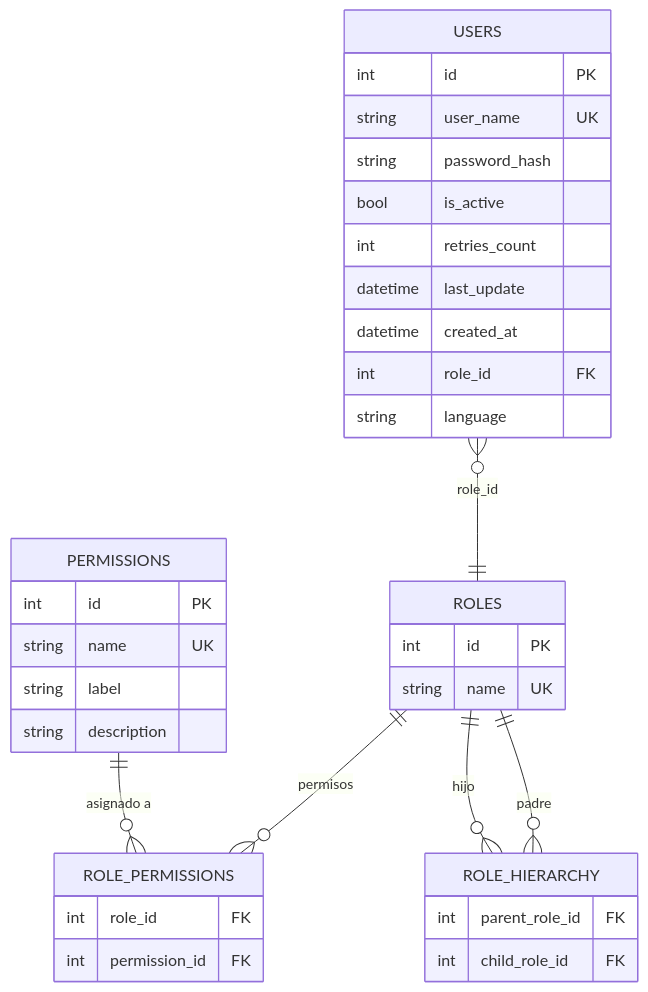
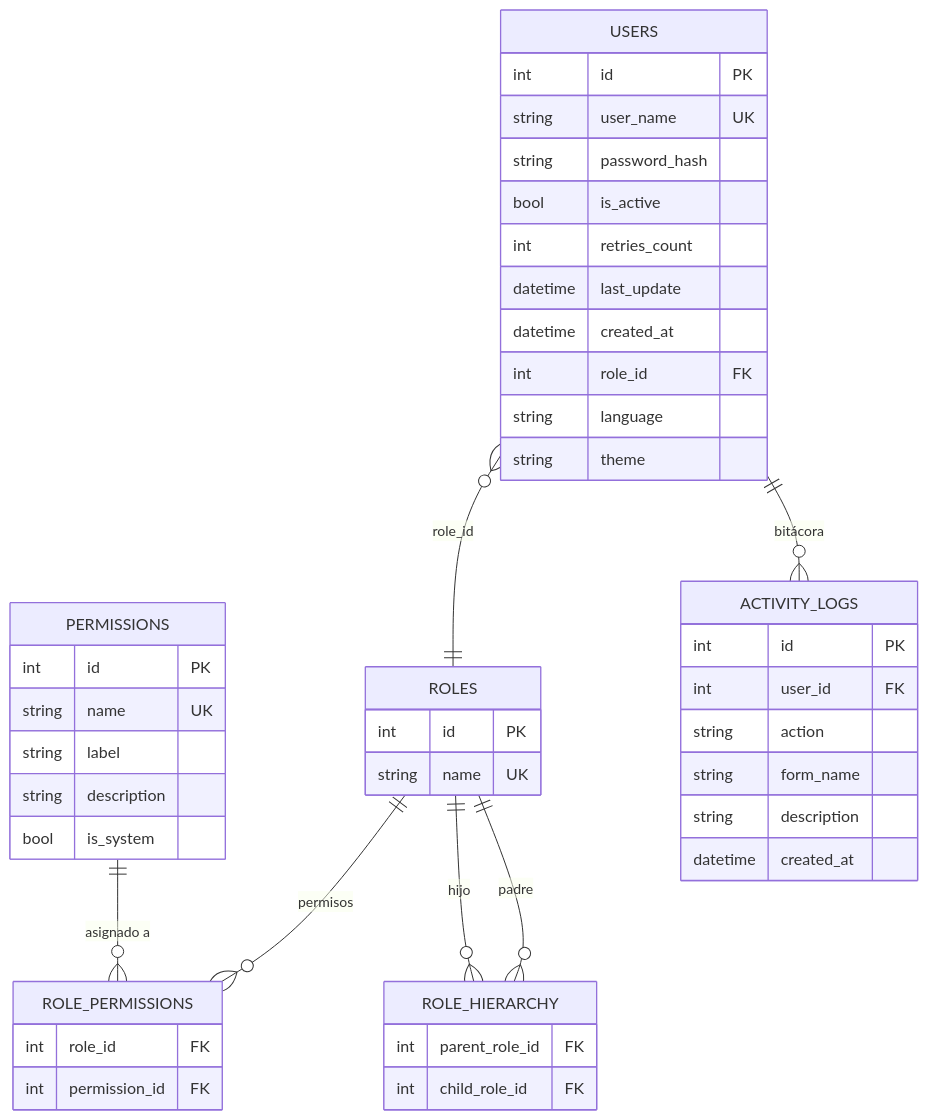
Before and after one commit to DarioZubaray/Proyecto-Final: the diagram in docs/diagramas/er.mmd, drawn with Mermaid. The commit also changed 12 other files, not shown here.

Commit message:
diagrams updates

```diff
--- a/docs/diagramas/er.mmd
+++ b/docs/diagramas/er.mmd
@@ -1,36 +1,47 @@
 erDiagram
     USERS {
         int id PK
         string user_name UK
         string password_hash
         bool is_active
         int retries_count
         datetime last_update
         datetime created_at
         int role_id FK
         string language
+        string theme
     }
     ROLES {
         int id PK
         string name UK
     }
     PERMISSIONS {
         int id PK
         string name UK
         string label
         string description
+        bool is_system
     }
     ROLE_PERMISSIONS {
         int role_id FK
         int permission_id FK
     }
     ROLE_HIERARCHY {
         int parent_role_id FK
         int child_role_id FK
     }
+    ACTIVITY_LOGS {
+        int id PK
+        int user_id FK
+        string action
+        string form_name
+        string description
+        datetime created_at
+    }
 
     USERS }o--|| ROLES : "role_id"
     ROLES ||--o{ ROLE_PERMISSIONS : "permisos"
     PERMISSIONS ||--o{ ROLE_PERMISSIONS : "asignado a"
     ROLES ||--o{ ROLE_HIERARCHY : "padre"
     ROLES ||--o{ ROLE_HIERARCHY : "hijo"
+    USERS ||--o{ ACTIVITY_LOGS : "bitácora"
```
